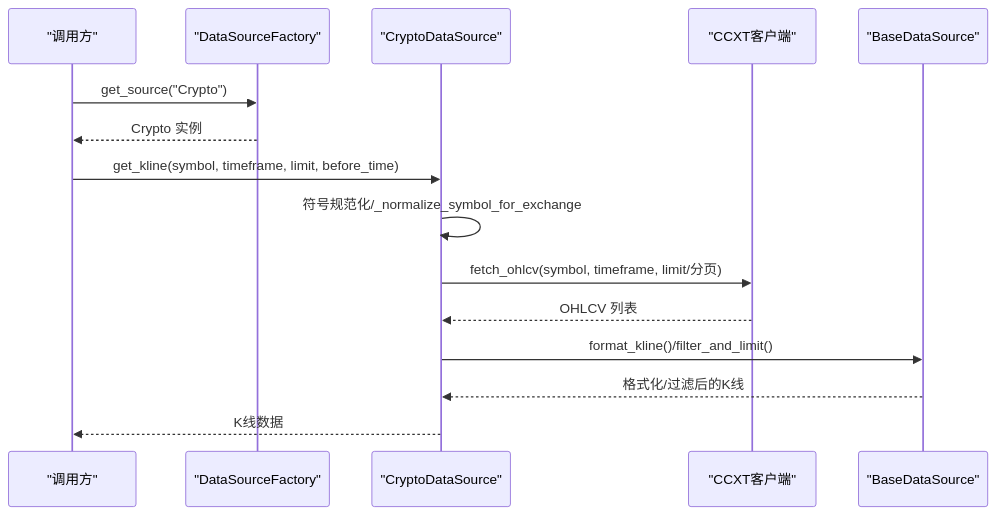
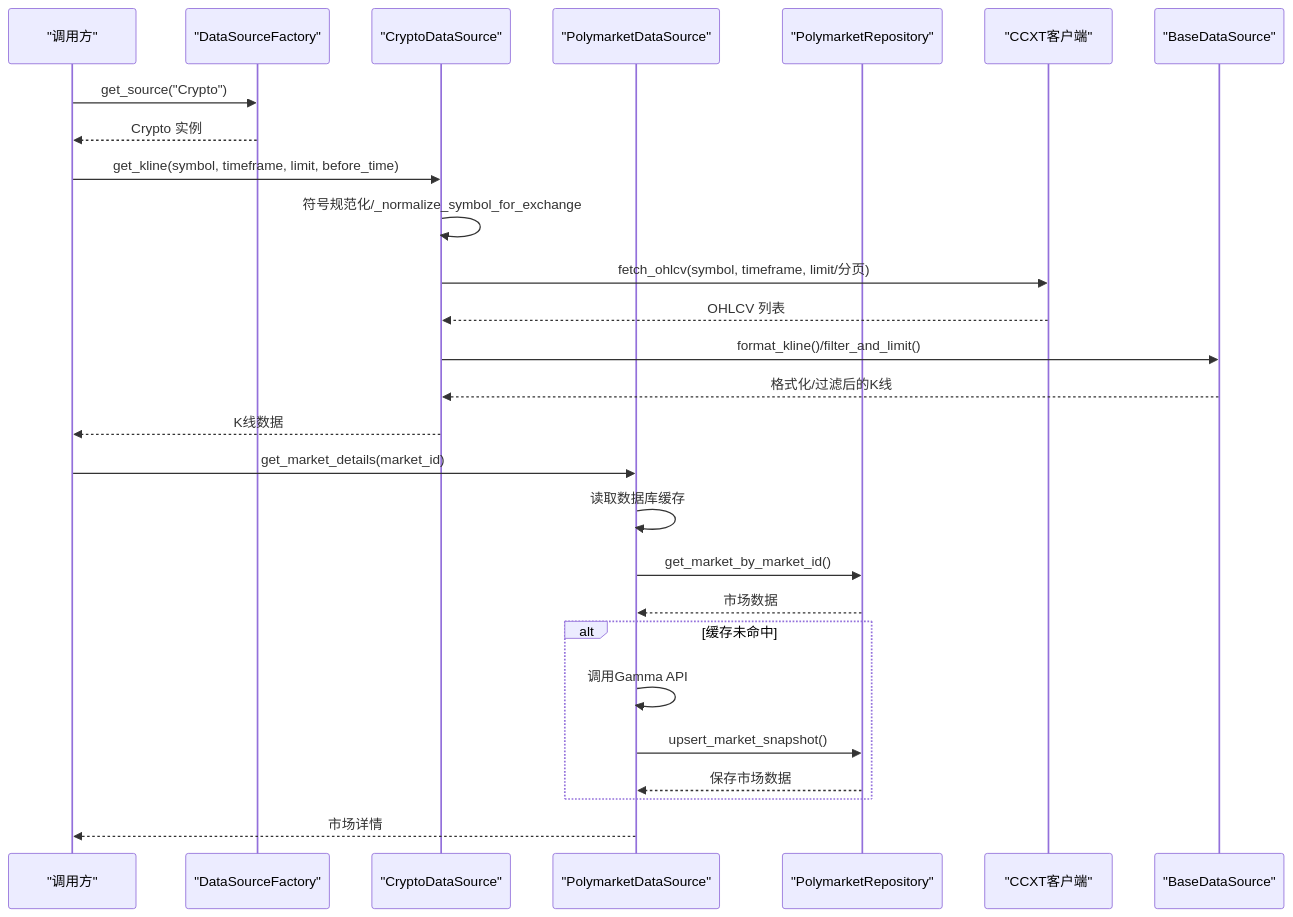
One commit to joezxh/QuantDinger changed the second of 6 diagrams in .qoder/repowiki/zh/content/数据管理系统/数据源适配器/加密货币数据源.md. Above: the diagram before and after it, drawn with Mermaid. The commit also changed other lines of this file and 28 other files, not shown here.

````diff
--- a/.qoder/repowiki/zh/content/数据管理系统/数据源适配器/加密货币数据源.md
+++ b/.qoder/repowiki/zh/content/数据管理系统/数据源适配器/加密货币数据源.md
@@ -105,17 +124,29 @@
 ```mermaid
 sequenceDiagram
 participant Client as "调用方"
 participant Factory as "DataSourceFactory"
 participant Crypto as "CryptoDataSource"
+participant Polymarket as "PolymarketDataSource"
+participant Repo as "PolymarketRepository"
 participant CCXT as "CCXT客户端"
 participant Base as "BaseDataSource"
 Client->>Factory : get_source("Crypto")
 Factory-->>Client : Crypto 实例
 Client->>Crypto : get_kline(symbol, timeframe, limit, before_time)
 Crypto->>Crypto : 符号规范化/_normalize_symbol_for_exchange
 Crypto->>CCXT : fetch_ohlcv(symbol, timeframe, limit/分页)
 CCXT-->>Crypto : OHLCV 列表
 Crypto->>Base : format_kline()/filter_and_limit()
 Base-->>Crypto : 格式化/过滤后的K线
 Crypto-->>Client : K线数据
+Client->>Polymarket : get_market_details(market_id)
+Polymarket->>Polymarket : 读取数据库缓存
+Polymarket->>Repo : get_market_by_market_id()
+Repo-->>Polymarket : 市场数据
+alt 缓存未命中
+Polymarket->>Polymarket : 调用Gamma API
+Polymarket->>Repo : upsert_market_snapshot()
+Repo-->>Polymarket : 保存市场数据
+end
+Polymarket-->>Client : 市场详情
 ```
````
